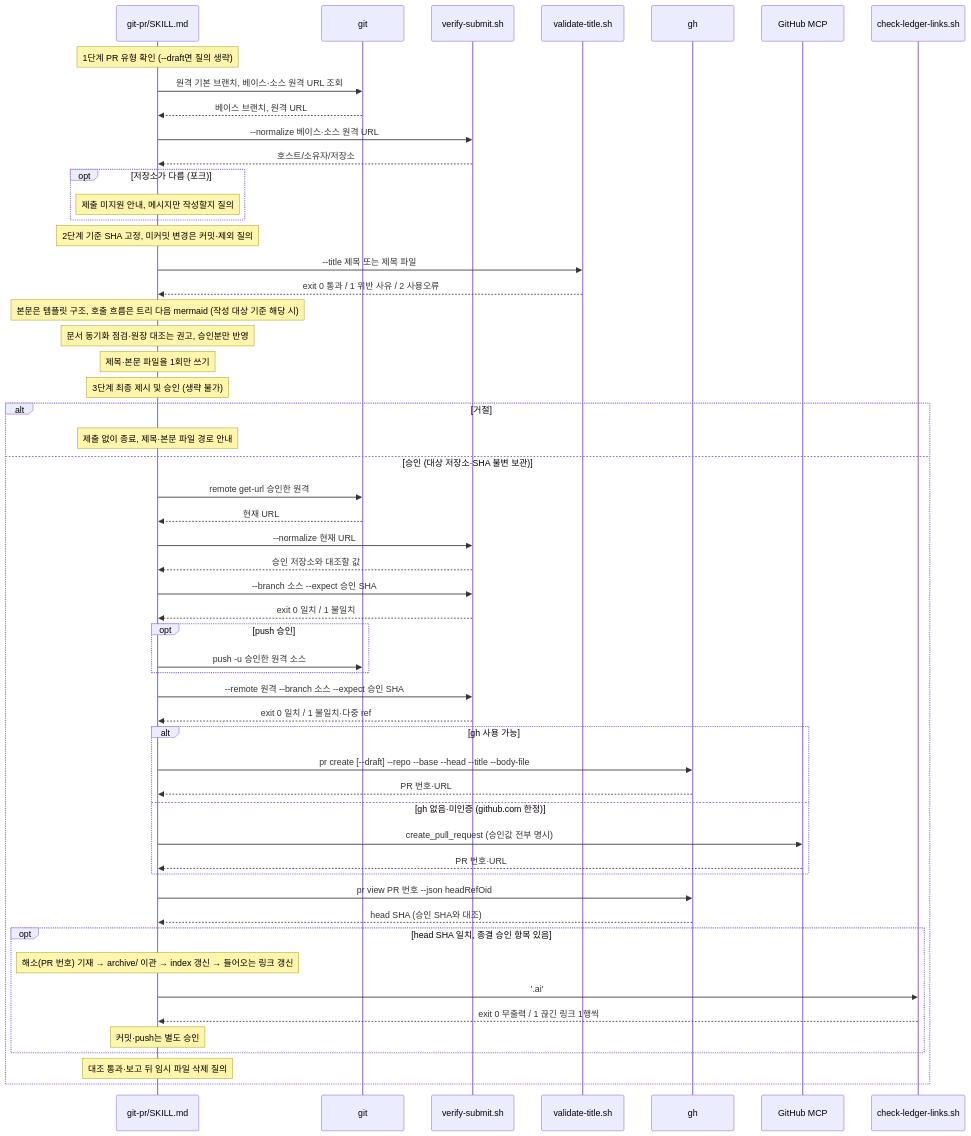
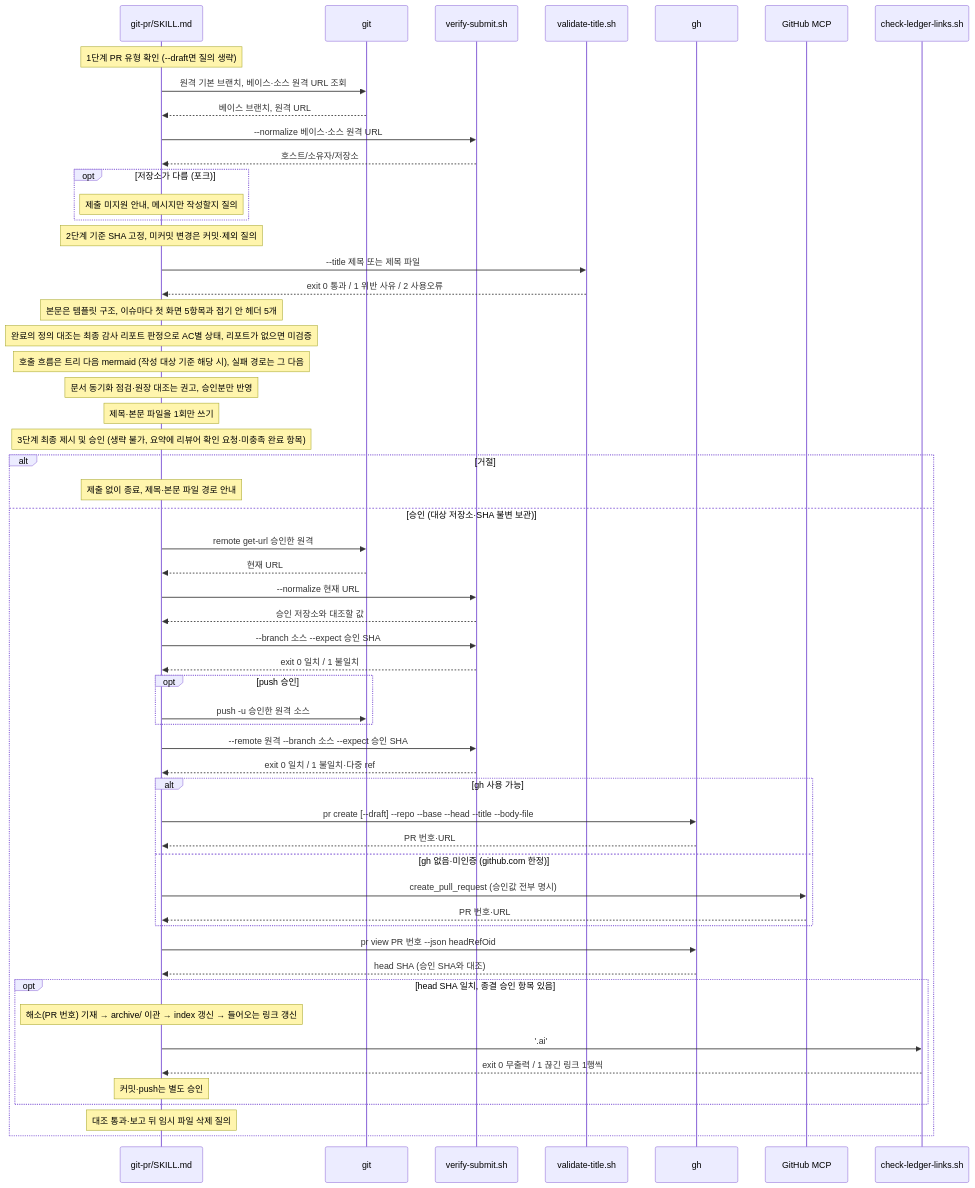
Before and after one commit to scroogy-dev/scroogy-agent-skills: the diagram in .ai/60_codebase/git-pr/submit-call-flow.md, drawn with Mermaid. The commit also changed other lines of this file and 4 other files, not shown here.

````diff
--- a/.ai/60_codebase/git-pr/submit-call-flow.md
+++ b/.ai/60_codebase/git-pr/submit-call-flow.md
@@ -45,57 +49,59 @@
 ```mermaid
 sequenceDiagram
     participant SK as git-pr/SKILL.md
     participant GIT as git
     participant VS as verify-submit.sh
     participant VT as validate-title.sh
     participant GH as gh
     participant MCP as GitHub MCP
     participant CL as check-ledger-links.sh
 
     Note over SK: 1단계 PR 유형 확인 (--draft면 질의 생략)
     SK->>GIT: 원격 기본 브랜치, 베이스·소스 원격 URL 조회
     GIT-->>SK: 베이스 브랜치, 원격 URL
     SK->>VS: --normalize 베이스·소스 원격 URL
     VS-->>SK: 호스트/소유자/저장소
     opt 저장소가 다름 (포크)
         Note over SK: 제출 미지원 안내, 메시지만 작성할지 질의
     end
     Note over SK: 2단계 기준 SHA 고정, 미커밋 변경은 커밋·제외 질의
     SK->>VT: --title 제목 또는 제목 파일
     VT-->>SK: exit 0 통과 / 1 위반 사유 / 2 사용오류
-    Note over SK: 본문은 템플릿 구조, 호출 흐름은 트리 다음 mermaid (작성 대상 기준 해당 시)
+    Note over SK: 본문은 템플릿 구조, 이슈마다 첫 화면 5항목과 접기 안 헤더 5개
+    Note over SK: 완료의 정의 대조는 최종 감사 리포트 판정으로 AC별 상태, 리포트가 없으면 미검증
+    Note over SK: 호출 흐름은 트리 다음 mermaid (작성 대상 기준 해당 시), 실패 경로는 그 다음
     Note over SK: 문서 동기화 점검·원장 대조는 권고, 승인분만 반영
     Note over SK: 제목·본문 파일을 1회만 쓰기
-    Note over SK: 3단계 최종 제시 및 승인 (생략 불가)
+    Note over SK: 3단계 최종 제시 및 승인 (생략 불가, 요약에 리뷰어 확인 요청·미충족 완료 항목)
     alt 거절
         Note over SK: 제출 없이 종료, 제목·본문 파일 경로 안내
     else 승인 (대상 저장소·SHA 불변 보관)
         SK->>GIT: remote get-url 승인한 원격
         GIT-->>SK: 현재 URL
         SK->>VS: --normalize 현재 URL
         VS-->>SK: 승인 저장소와 대조할 값
         SK->>VS: --branch 소스 --expect 승인 SHA
         VS-->>SK: exit 0 일치 / 1 불일치
         opt push 승인
             SK->>GIT: push -u 승인한 원격 소스
         end
         SK->>VS: --remote 원격 --branch 소스 --expect 승인 SHA
         VS-->>SK: exit 0 일치 / 1 불일치·다중 ref
         alt gh 사용 가능
             SK->>GH: pr create [--draft] --repo --base --head --title --body-file
             GH-->>SK: PR 번호·URL
         else gh 없음·미인증 (github.com 한정)
             SK->>MCP: create_pull_request (승인값 전부 명시)
             MCP-->>SK: PR 번호·URL
         end
         SK->>GH: pr view PR 번호 --json headRefOid
         GH-->>SK: head SHA (승인 SHA와 대조)
         opt head SHA 일치, 종결 승인 항목 있음
             Note over SK: 해소(PR 번호) 기재 → archive/ 이관 → index 갱신 → 들어오는 링크 갱신
             SK->>CL: '.ai'
             CL-->>SK: exit 0 무출력 / 1 끊긴 링크 1행씩
             Note over SK: 커밋·push는 별도 승인
         end
         Note over SK: 대조 통과·보고 뒤 임시 파일 삭제 질의
     end
 ```
````
